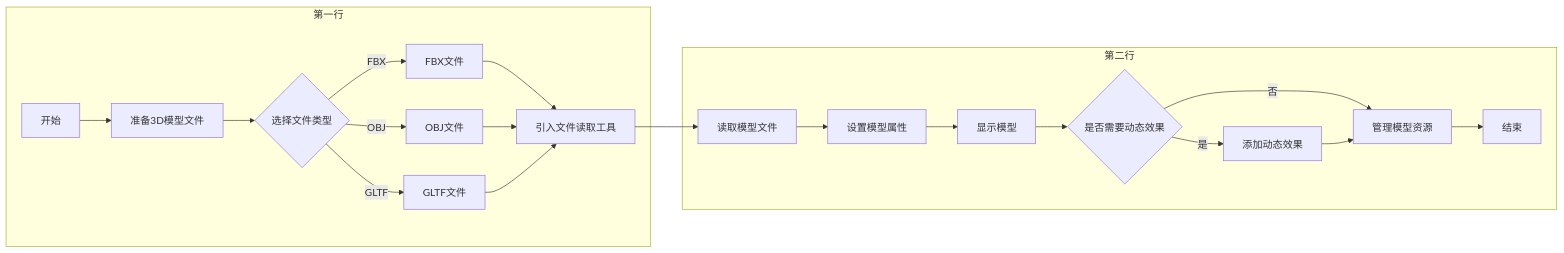
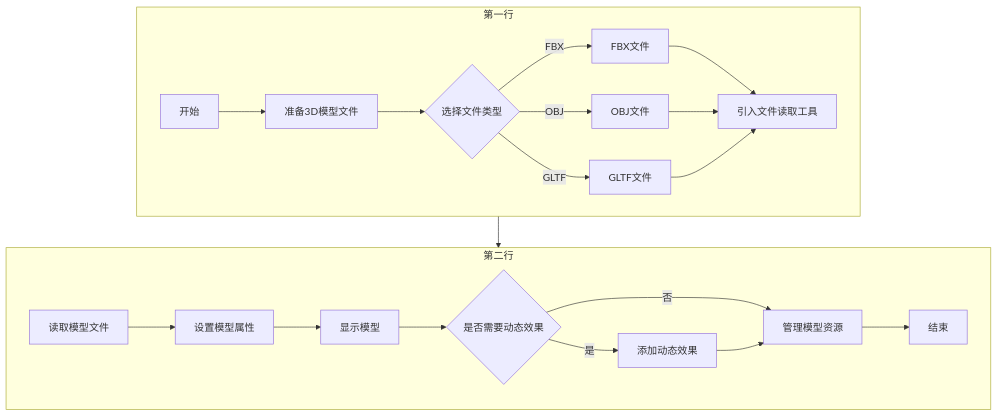
Before and after one commit to Mrmilu212/iodraw-files: the diagram in all/未命名.md, drawn with Mermaid.

Commit message:
2025-05-18 20:17:19 update

````diff
--- a/all/未命名.md
+++ b/all/未命名.md
@@ -1,24 +1,26 @@
 ```mermaid
-graph LR
+graph TB
     subgraph 第一行
+    direction LR
     A[开始] --> B[准备3D模型文件]
     B --> C{选择文件类型}
     C -->|FBX| D1[FBX文件]
     C -->|OBJ| D2[OBJ文件]
     C -->|GLTF| D3[GLTF文件]
     D1 --> E[引入文件读取工具]
     D2 --> E
     D3 --> E
     end
 
     subgraph 第二行
+    direction LR
     E --> F[读取模型文件]
     F --> G[设置模型属性]
     G --> H[显示模型]
     H --> I{是否需要动态效果}
     I -->|是| J[添加动态效果]
     I -->|否| K[管理模型资源]
     J --> K
     K --> L[结束]
     end
 ```
````
